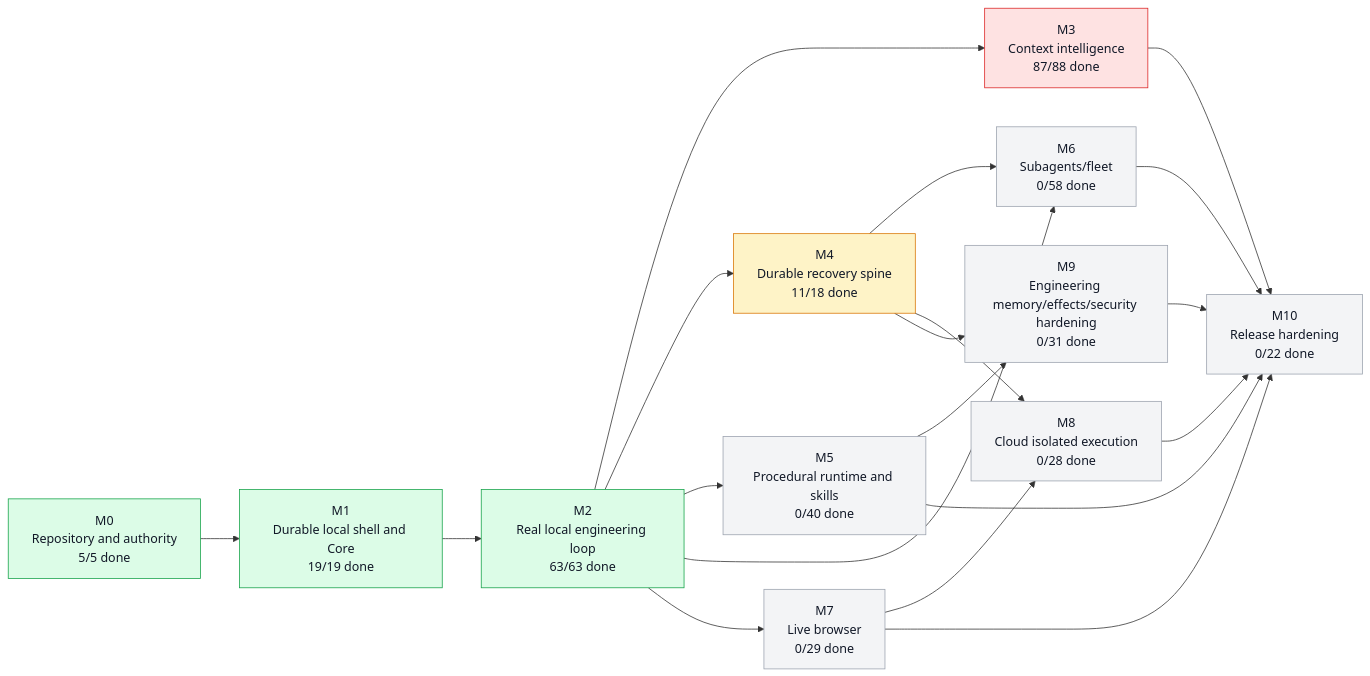
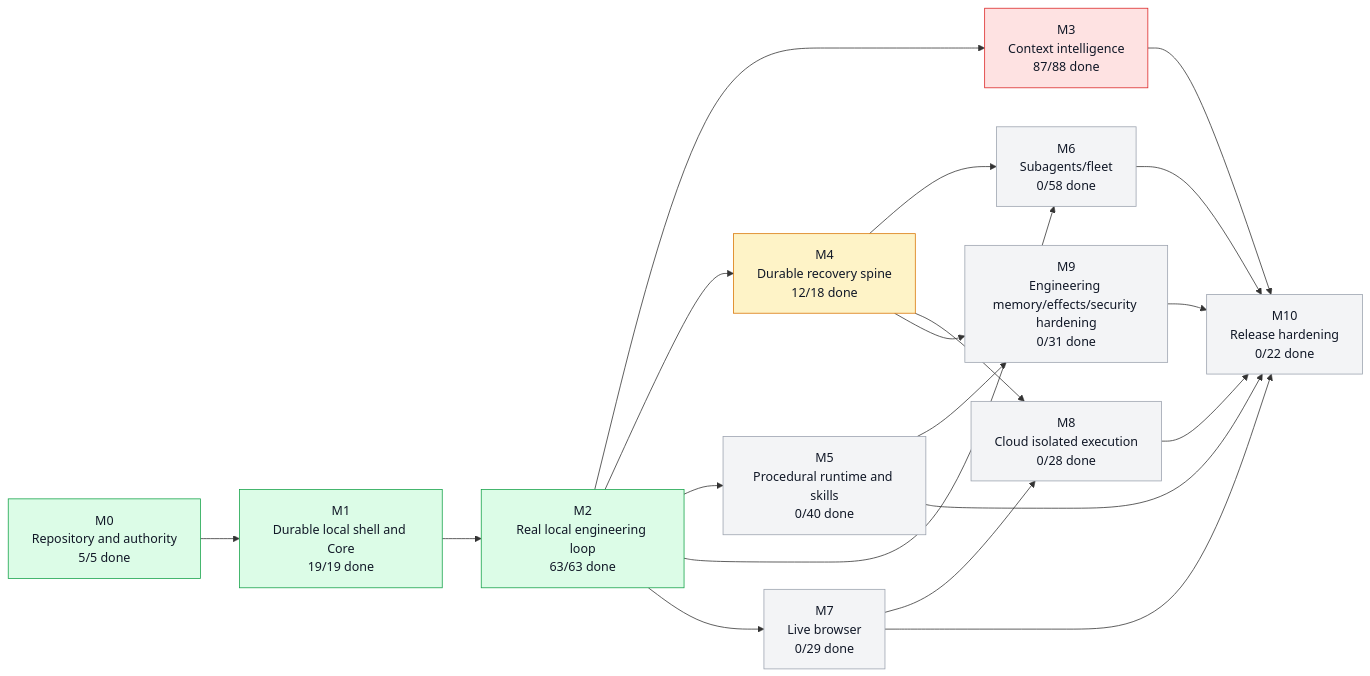
One commit to moss101/modbit changed the first of 5 diagrams in graph/PROJECT_GRAPH.md. Above: the diagram before and after it, drawn with Mermaid. The commit also changed other lines of this file and 27 other files, not shown here.

````diff
--- a/graph/PROJECT_GRAPH.md
+++ b/graph/PROJECT_GRAPH.md
@@ -57,43 +57,43 @@
 ```mermaid
 flowchart LR
   M0["M0<br/>Repository and authority<br/>5/5 done"]
   M1["M1<br/>Durable local shell and Core<br/>19/19 done"]
   M2["M2<br/>Real local engineering loop<br/>63/63 done"]
   M3["M3<br/>Context intelligence<br/>87/88 done"]
-  M4["M4<br/>Durable recovery spine<br/>11/18 done"]
+  M4["M4<br/>Durable recovery spine<br/>12/18 done"]
   M5["M5<br/>Procedural runtime and skills<br/>0/40 done"]
   M6["M6<br/>Subagents/fleet<br/>0/58 done"]
   M7["M7<br/>Live browser<br/>0/29 done"]
   M8["M8<br/>Cloud isolated execution<br/>0/28 done"]
   M9["M9<br/>Engineering memory/effects/security hardening<br/>0/31 done"]
   M10["M10<br/>Release hardening<br/>0/22 done"]
   M0 --> M1
   M1 --> M2
   M2 --> M3
   M2 --> M4
   M2 --> M5
   M2 --> M6
   M4 --> M6
   M2 --> M7
   M4 --> M8
   M7 --> M8
   M4 --> M9
   M5 --> M9
   M3 --> M10
   M5 --> M10
   M6 --> M10
   M7 --> M10
   M8 --> M10
   M9 --> M10
   style M0 fill:#dcfce7,stroke:#16a34a,color:#111827
   style M1 fill:#dcfce7,stroke:#16a34a,color:#111827
   style M2 fill:#dcfce7,stroke:#16a34a,color:#111827
   style M3 fill:#fee2e2,stroke:#dc2626,color:#111827
   style M4 fill:#fef3c7,stroke:#d97706,color:#111827
   style M5 fill:#f3f4f6,stroke:#9ca3af,color:#111827
   style M6 fill:#f3f4f6,stroke:#9ca3af,color:#111827
   style M7 fill:#f3f4f6,stroke:#9ca3af,color:#111827
   style M8 fill:#f3f4f6,stroke:#9ca3af,color:#111827
   style M9 fill:#f3f4f6,stroke:#9ca3af,color:#111827
   style M10 fill:#f3f4f6,stroke:#9ca3af,color:#111827
 ```
````
